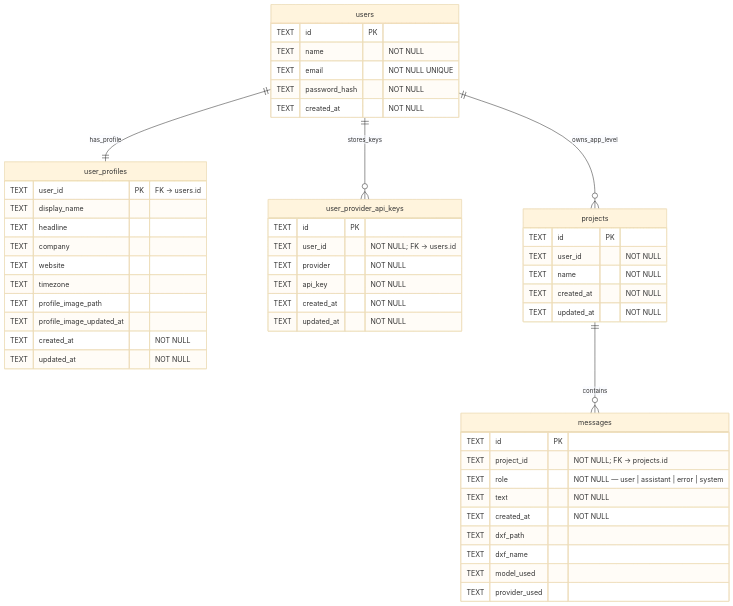
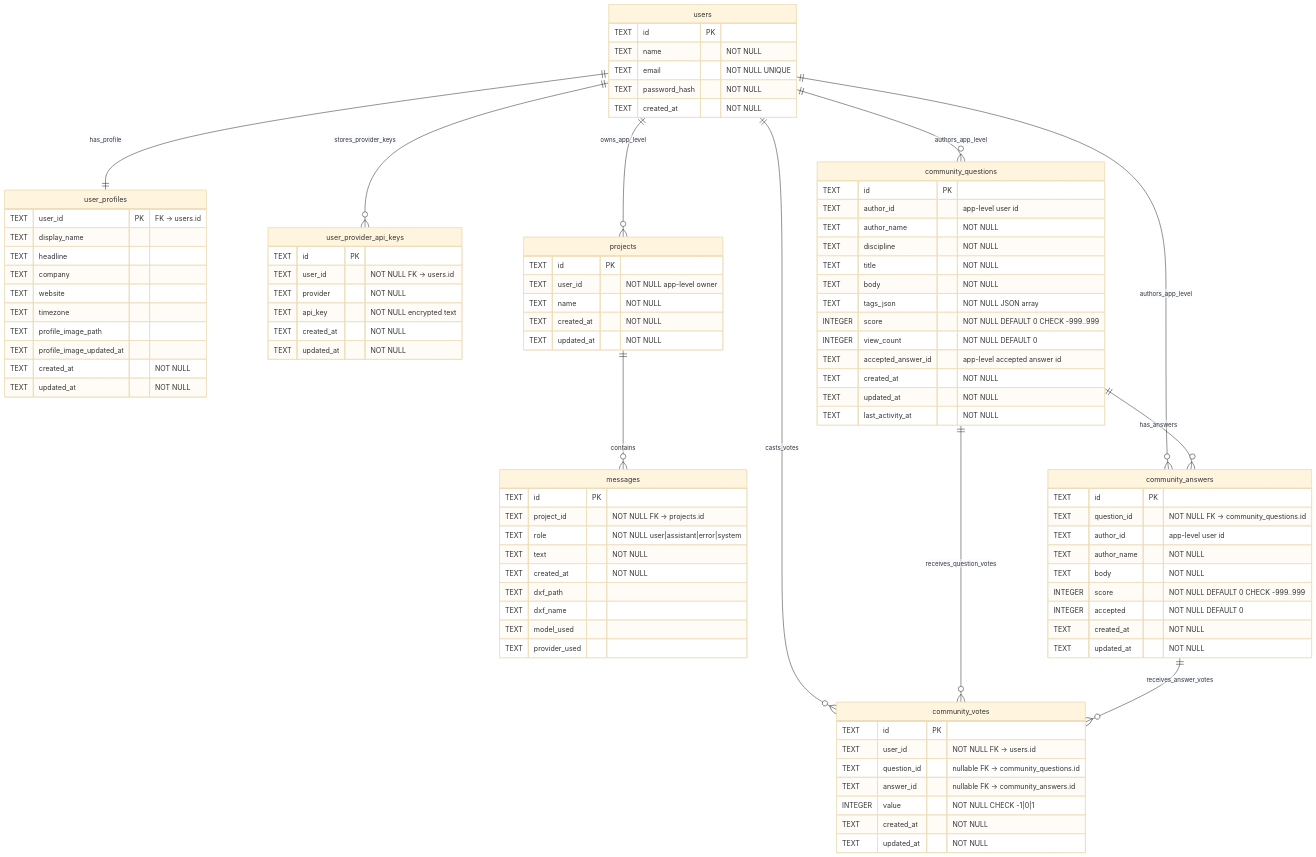
Before and after one commit to Youssefx64/CadArena: the diagram in docs/database-erd.md, drawn with Mermaid (base theme). The commit also changed other lines of this file, not shown here.

Commit message:
Refactor Database ERD Documentation: Translate sections to English, enhance clarity, and update constraints for community-related tables

````diff
--- a/docs/database-erd.md
+++ b/docs/database-erd.md
@@ -30,16 +41,16 @@
 
     user_provider_api_keys {
         TEXT id PK
-        TEXT user_id "NOT NULL; FK -> users.id"
+        TEXT user_id "NOT NULL FK -> users.id"
         TEXT provider "NOT NULL"
-        TEXT api_key "NOT NULL"
+        TEXT api_key "NOT NULL encrypted text"
         TEXT created_at "NOT NULL"
         TEXT updated_at "NOT NULL"
     }
 
     projects {
         TEXT id PK
-        TEXT user_id "NOT NULL"
+        TEXT user_id "NOT NULL app-level owner"
         TEXT name "NOT NULL"
         TEXT created_at "NOT NULL"
         TEXT updated_at "NOT NULL"
@@ -47,8 +58,8 @@
 
     messages {
         TEXT id PK
-        TEXT project_id "NOT NULL; FK -> projects.id"
-        TEXT role "NOT NULL — user | assistant | error | system"
+        TEXT project_id "NOT NULL FK -> projects.id"
+        TEXT role "NOT NULL user|assistant|error|system"
         TEXT text "NOT NULL"
         TEXT created_at "NOT NULL"
         TEXT dxf_path
@@ -57,8 +68,52 @@
         TEXT provider_used
     }
 
+    community_questions {
+        TEXT id PK
+        TEXT author_id "app-level user id"
+        TEXT author_name "NOT NULL"
+        TEXT discipline "NOT NULL"
+        TEXT title "NOT NULL"
+        TEXT body "NOT NULL"
+        TEXT tags_json "NOT NULL JSON array"
+        INTEGER score "NOT NULL DEFAULT 0 CHECK -999..999"
+        INTEGER view_count "NOT NULL DEFAULT 0"
+        TEXT accepted_answer_id "app-level accepted answer id"
+        TEXT created_at "NOT NULL"
+        TEXT updated_at "NOT NULL"
+        TEXT last_activity_at "NOT NULL"
+    }
+
+    community_answers {
+        TEXT id PK
+        TEXT question_id "NOT NULL FK -> community_questions.id"
+        TEXT author_id "app-level user id"
+        TEXT author_name "NOT NULL"
+        TEXT body "NOT NULL"
+        INTEGER score "NOT NULL DEFAULT 0 CHECK -999..999"
+        INTEGER accepted "NOT NULL DEFAULT 0"
+        TEXT created_at "NOT NULL"
+        TEXT updated_at "NOT NULL"
+    }
+
+    community_votes {
+        TEXT id PK
+        TEXT user_id "NOT NULL FK -> users.id"
+        TEXT question_id "nullable FK -> community_questions.id"
+        TEXT answer_id "nullable FK -> community_answers.id"
+        INTEGER value "NOT NULL CHECK -1|0|1"
+        TEXT created_at "NOT NULL"
+        TEXT updated_at "NOT NULL"
+    }
+
     users ||--|| user_profiles : has_profile
-    users ||--o{ user_provider_api_keys : stores_keys
+    users ||--o{ user_provider_api_keys : stores_provider_keys
     users ||--o{ projects : owns_app_level
     projects ||--o{ messages : contains
+    users ||--o{ community_questions : authors_app_level
+    users ||--o{ community_answers : authors_app_level
+    community_questions ||--o{ community_answers : has_answers
+    users ||--o{ community_votes : casts_votes
+    community_questions ||--o{ community_votes : receives_question_votes
+    community_answers ||--o{ community_votes : receives_answer_votes
 ```
````
